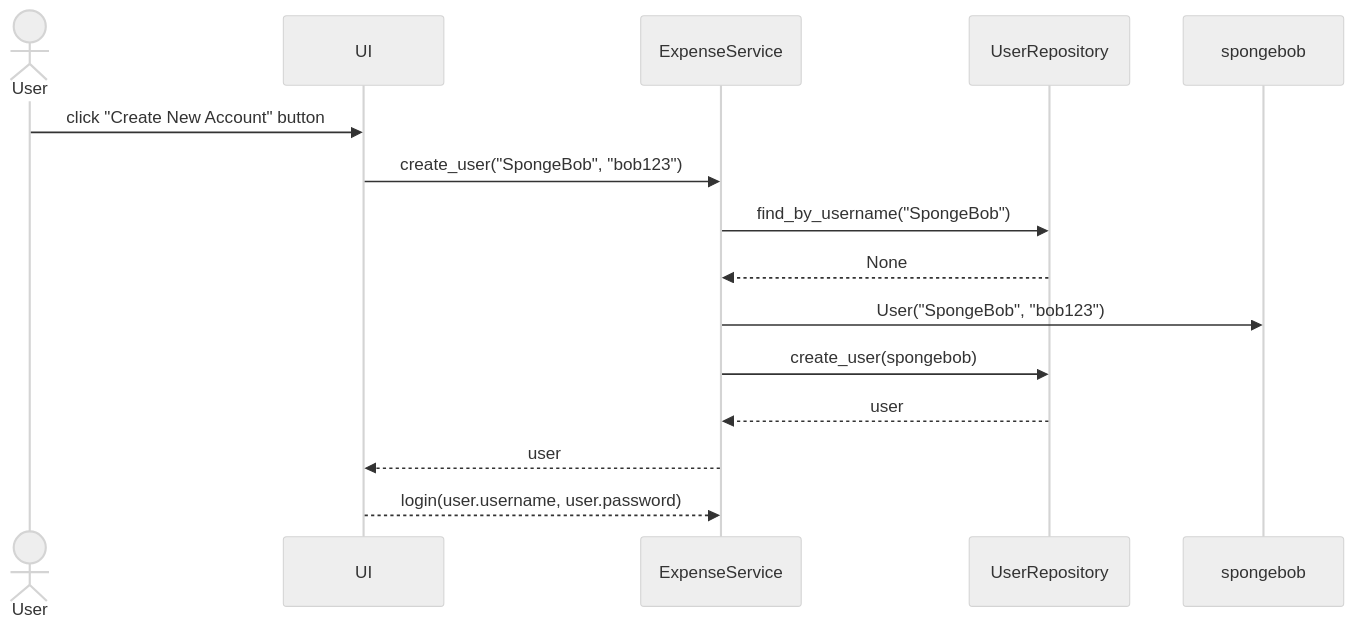
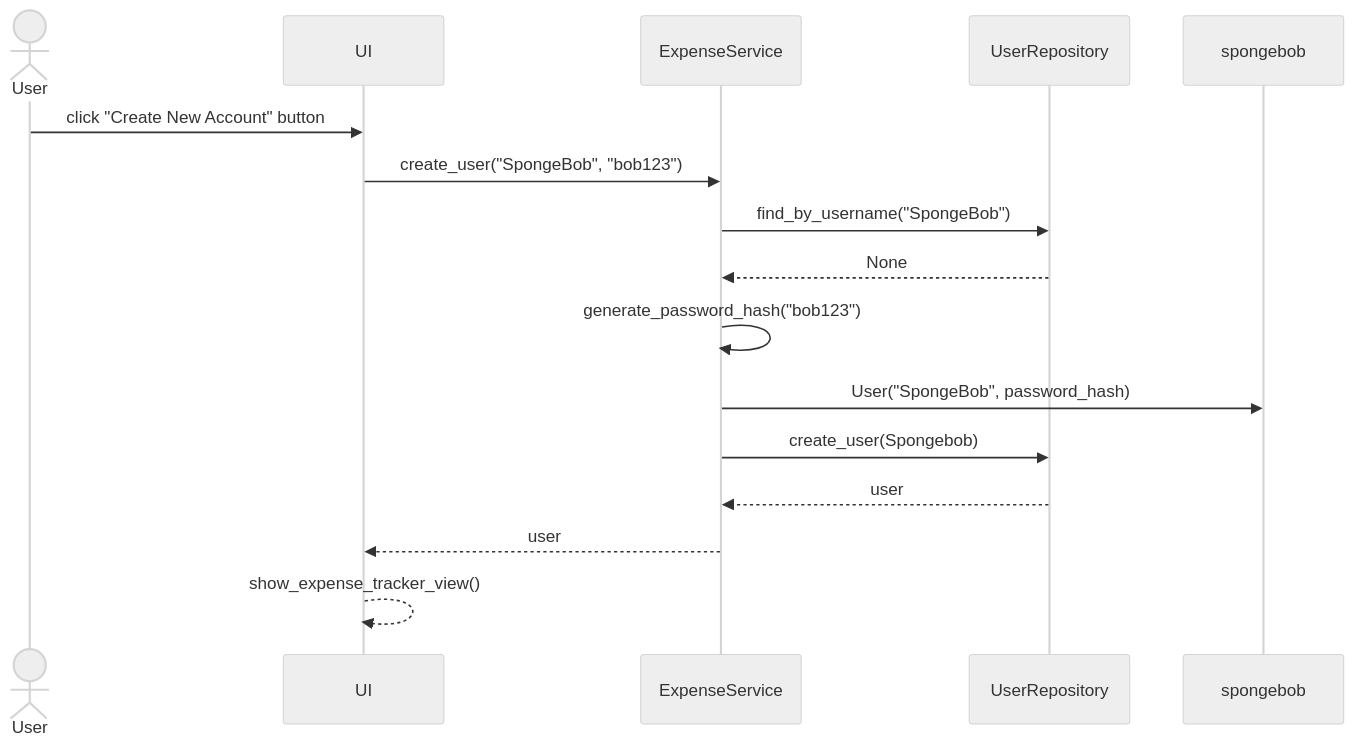
One commit to n1k1k/ot-harjoitustyo-2025 changed the first of 4 diagrams in dokumentaatio/arkkitehtuuri.md. Above: the diagram before and after it, drawn with Mermaid (neutral theme). The commit also changed other lines of this file, not shown here.

````diff
--- a/dokumentaatio/arkkitehtuuri.md
+++ b/dokumentaatio/arkkitehtuuri.md
@@ -53,17 +59,18 @@
 ```mermaid
 sequenceDiagram
   actor User
   participant UI
   participant ExpenseService
   participant UserRepository
   participant spongebob
   User->>UI: click "Create New Account" button
   UI->>ExpenseService: create_user("SpongeBob", "bob123")
   ExpenseService->>UserRepository: find_by_username("SpongeBob")
   UserRepository-->>ExpenseService: None
-  ExpenseService->>spongebob: User("SpongeBob", "bob123")
-  ExpenseService->>UserRepository: create_user(spongebob)
+  ExpenseService->> ExpenseService: generate_password_hash("bob123")
+  ExpenseService->>spongebob: User("SpongeBob", password_hash)
+  ExpenseService->>UserRepository: create_user(Spongebob)
   UserRepository-->>ExpenseService: user
   ExpenseService-->>UI: user
-  UI -->> ExpenseService: login(user.username, user.password)
+  UI-->>UI: show_expense_tracker_view()
 ```
````
